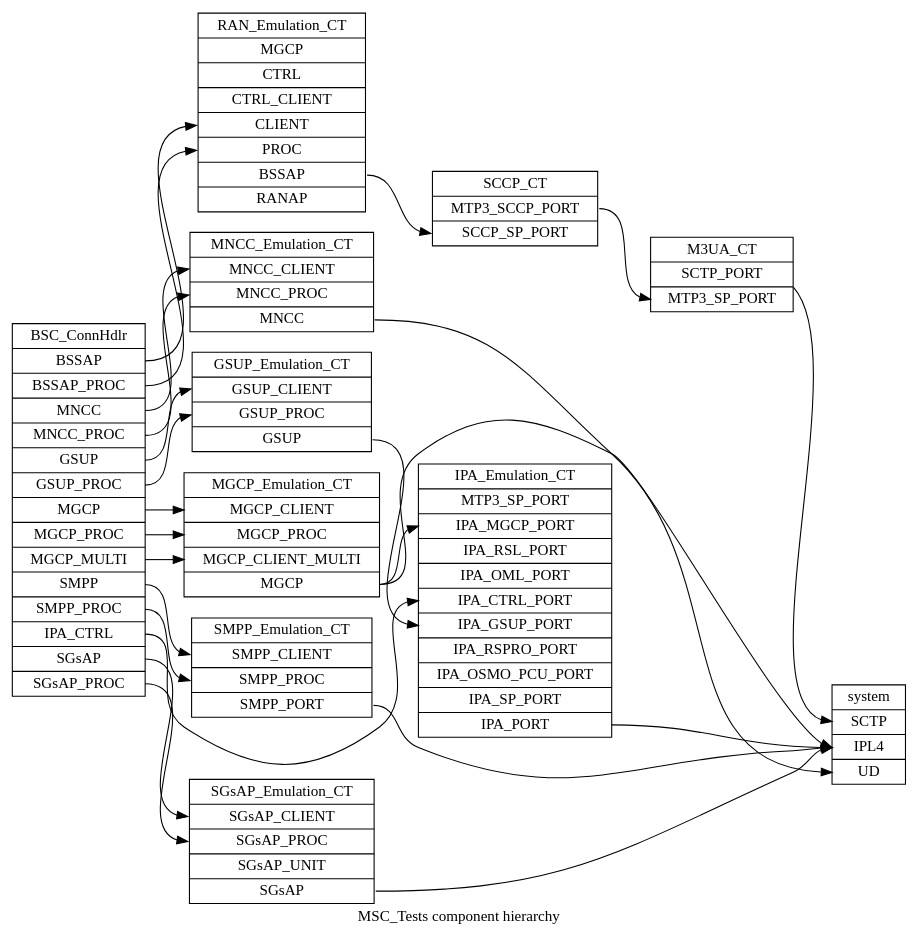
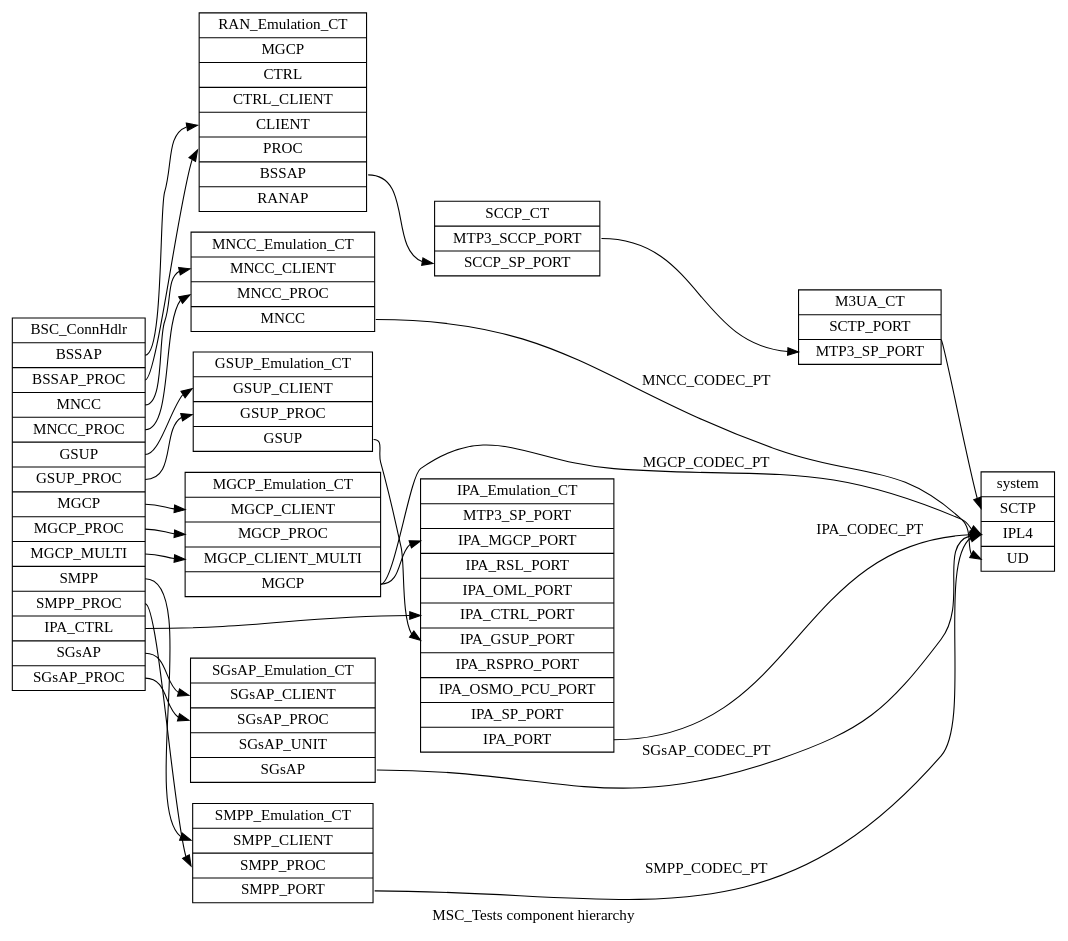
The diagram in doc/msc_tests_aoip.dot (osmocom/osmo-ttcn3-hacks), drawn with Graphviz before and after one commit. The commit also changed 2 other files, not shown here.

Commit message:
doc: Always annotate codec port types in case of IPL4/UD ports

```diff
--- a/doc/msc_tests_aoip.dot
+++ b/doc/msc_tests_aoip.dot
@@ -1,89 +1,89 @@
 digraph G {
 	rankdir = LR;
 	label = "MSC_Tests component hierarchy";
 
 	"BSC_ConnHdlr" [
 		shape = "record"
 		label = "<f0> BSC_ConnHdlr | <BSSAP> BSSAP | <BSSAP_PROC> BSSAP_PROC | <MNCC> MNCC | <MNCC_PROC> MNCC_PROC | <GSUP> GSUP | <GSUP_PROC> GSUP_PROC | <MGCP> MGCP | <MGCP_PROC> MGCP_PROC | <MGCP_MULTI> MGCP_MULTI | <SMPP> SMPP | <SMPP_PROC> SMPP_PROC | <IPA_CTRL> IPA_CTRL | <SGsAP> SGsAP | <SGsAP_PROC> SGsAP_PROC"
 	];
 
 	"RAN_Emulation_CT" [
 		shape = "record"
 		label = "<f0> RAN_Emulation_CT | <MGCP> MGCP | <CTRL> CTRL | <CTRL_CLIENT> CTRL_CLIENT | <CLIENT> CLIENT | <PROC> PROC | <BSSAP> BSSAP | <RANAP> RANAP"
 	];
 	"RAN_Emulation_CT":BSSAP -> "SCCP_CT":SCCP_SP_PORT
 	"BSC_ConnHdlr":BSSAP -> "RAN_Emulation_CT":CLIENT
 	"BSC_ConnHdlr":BSSAP_PROC -> "RAN_Emulation_CT":PROC
 	"BSC_ConnHdlr":IPA_CTRL -> "IPA_Emulation_CT":IPA_CTRL_PORT
 
 
 	"SCCP_CT" [
 		shape = "record"
 		label = "<f0> SCCP_CT | <MTP3_SCCP_PORT> MTP3_SCCP_PORT | <SCCP_SP_PORT> SCCP_SP_PORT"
 	];
 	"SCCP_CT":MTP3_SCCP_PORT -> "M3UA_CT":MTP3_SP_PORT
 
 	"M3UA_CT" [
 
 		shape = "record"
 		label = "<f0> M3UA_CT | <STCP_PORT> SCTP_PORT | <MTP3_SP_PORT> MTP3_SP_PORT"
 	];
 	"M3UA_CT":SCTP_PORT -> "system":SCTP
 
 
 	"MNCC_Emulation_CT" [
 		shape = "record"
 		label = "<f0> MNCC_Emulation_CT | <MNCC_CLIENT> MNCC_CLIENT | <MNCC_PROC> MNCC_PROC | <MNCC> MNCC"
 	]
-	"MNCC_Emulation_CT":MNCC -> "system":UD
+	"MNCC_Emulation_CT":MNCC -> "system":UD [label="MNCC_CODEC_PT"]
 	"BSC_ConnHdlr":MNCC -> "MNCC_Emulation_CT":MNCC_CLIENT
 	"BSC_ConnHdlr":MNCC_PROC -> "MNCC_Emulation_CT":MNCC_PROC
 
 
 	"GSUP_Emulation_CT" [
 		shape = "record"
 		label = "<f0> GSUP_Emulation_CT | <GSUP_CLIENT> GSUP_CLIENT | <GSUP_PROC> GSUP_PROC | <GSUP> GSUP"
 	]
 	"GSUP_Emulation_CT":GSUP -> "IPA_Emulation_CT":IPA_GSUP_PORT
 	"BSC_ConnHdlr":GSUP -> "GSUP_Emulation_CT":GSUP_CLIENT
 	"BSC_ConnHdlr":GSUP_PROC -> "GSUP_Emulation_CT":GSUP_PROC
 
 
 	"MGCP_Emulation_CT" [
 		shape = "record"
 		label = "<f0> MGCP_Emulation_CT | <MGCP_CLIENT> MGCP_CLIENT | <MGCP_PROC> MGCP_PROC | <MGCP_CLIENT_MULTI> MGCP_CLIENT_MULTI | <MGCP> MGCP"
 	]
-	"MGCP_Emulation_CT":MGCP -> "system":IPL4
+	"MGCP_Emulation_CT":MGCP -> "system":IPL4 [label="MGCP_CODEC_PT"]
 	"MGCP_Emulation_CT":MGCP -> "IPA_Emulation_CT":IPA_MGCP_PORT
 	"BSC_ConnHdlr":MGCP -> "MGCP_Emulation_CT":MGCP_CLIENT
 	"BSC_ConnHdlr":MGCP_PROC -> "MGCP_Emulation_CT":MGCP_PROC
 	"BSC_ConnHdlr":MGCP_MULTI -> "MGCP_Emulation_CT":MGCP_CLIENT_MULTI
 
 	"SMPP_Emulation_CT" [
 		shape = "record"
 		label = "<f0> SMPP_Emulation_CT | <SMPP_CLIENT> SMPP_CLIENT | <SMPP_PROC> SMPP_PROC | <SMPP_PORT> SMPP_PORT"
 	]
-	"SMPP_Emulation_CT":SMPP_PORT -> "system":IPL4
+	"SMPP_Emulation_CT":SMPP_PORT -> "system":IPL4 [label="SMPP_CODEC_PT"]
 	"BSC_ConnHdlr":SMPP -> "SMPP_Emulation_CT":SMPP_CLIENT
 	"BSC_ConnHdlr":SMPP_PROC -> "SMPP_Emulation_CT":SMPP_PROC
 
 	"SGsAP_Emulation_CT" [
 		shape = "record"
 		label = "<f0> SGsAP_Emulation_CT | <SGsAP_CLIENT> SGsAP_CLIENT | <SGsAP_PROC> SGsAP_PROC | <SGsAP_UNIT> SGsAP_UNIT | <SGsAP> SGsAP"
 	]
-	"SGsAP_Emulation_CT":SGsAP -> "system":IPL4
+	"SGsAP_Emulation_CT":SGsAP -> "system":IPL4 [label="SGsAP_CODEC_PT"]
 	"BSC_ConnHdlr":SGsAP -> "SGsAP_Emulation_CT":SGsAP_CLIENT
 	"BSC_ConnHdlr":SGsAP_PROC -> "SGsAP_Emulation_CT":SGsAP_PROC
 
 	"IPA_Emulation_CT" [
 		shape = "record"
 		label = "<f0> IPA_Emulation_CT | <MTP3_SP_PORT> MTP3_SP_PORT | <IPA_MGCP_PORT> IPA_MGCP_PORT | <IPA_RSL_PORT> IPA_RSL_PORT | <IPA_OML_PORT> IPA_OML_PORT | <IPA_CTRL_PORT> IPA_CTRL_PORT | <IPA_GSUP_PORT> IPA_GSUP_PORT | <IPA_RSPRO_PORT> IPA_RSPRO_PORT | <IPA_OSMO_PCU_PORT> IPA_OSMO_PCU_PORT | <IPA_SP_PORT> IPA_SP_PORT | <IPA_PORT> IPA_PORT"
 	];
-	"IPA_Emulation_CT":IPA_PORT -> "system":IPL4
+	"IPA_Emulation_CT":IPA_PORT -> "system":IPL4 [label="IPA_CODEC_PT"]
 
 
 	"system" [
 		shape = "record"
 		label = "<f0> system | <SCTP> SCTP | <IPL4> IPL4 | <UD> UD"
 	];
 }
```
